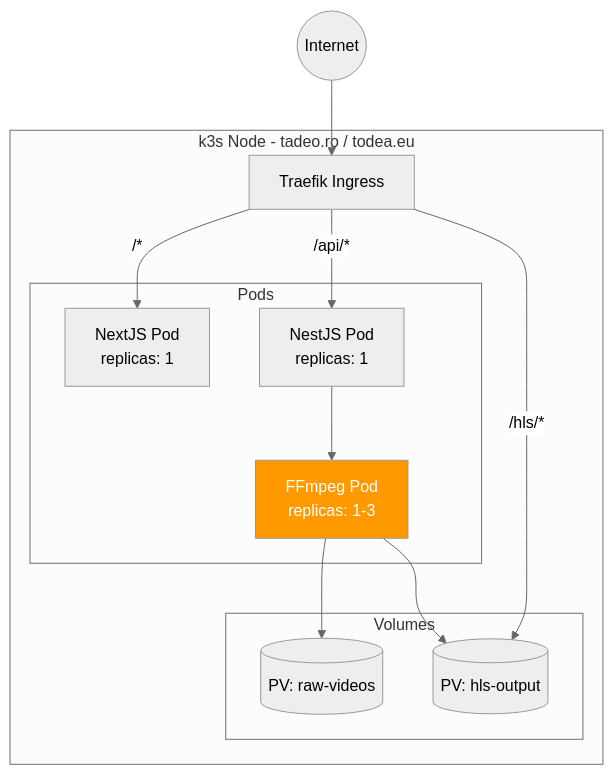
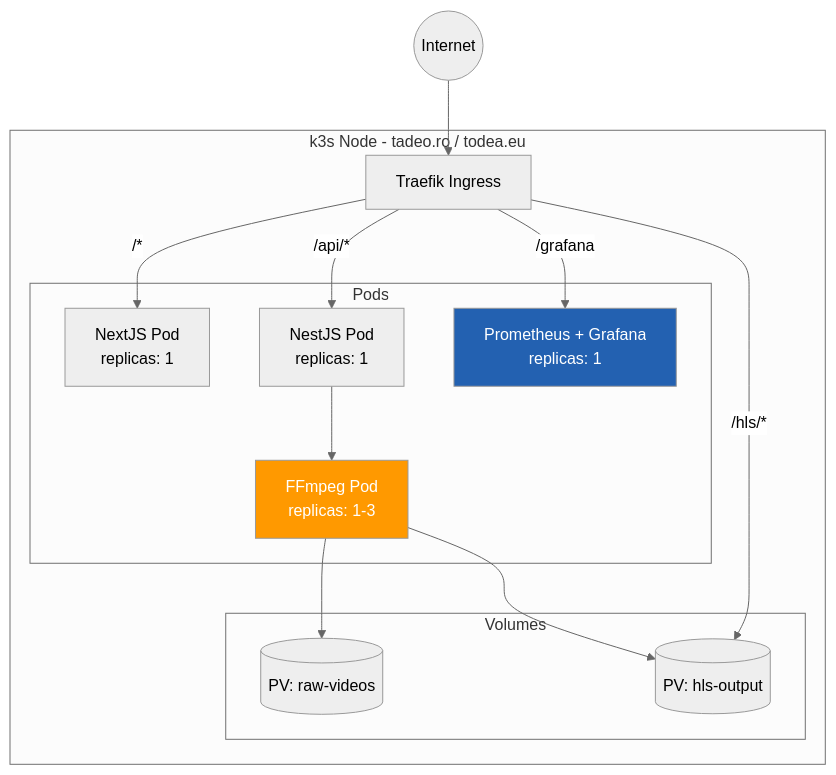
The seventh of 7 diagrams in notes/architecture.md (rtodea/streaming-101), drawn with Mermaid (neutral theme) before and after one commit. The commit also changed 2 other files, not shown here.

Commit message:
update notes to include Prometheus/Grafana observability stack

````diff
--- a/notes/architecture.md
+++ b/notes/architecture.md
@@ -218,28 +218,31 @@
 ```mermaid
 graph TB
     subgraph "k3s Node - tadeo.ro / todea.eu"
         Ingress[Traefik Ingress]
 
         subgraph Pods
             FE[NextJS Pod<br/>replicas: 1]
             BE[NestJS Pod<br/>replicas: 1]
             TC[FFmpeg Pod<br/>replicas: 1-3]
+            Obs[Prometheus + Grafana<br/>replicas: 1]
         end
 
         subgraph Volumes
             PV1[(PV: raw-videos)]
             PV2[(PV: hls-output)]
         end
     end
 
     Internet((Internet)) --> Ingress
     Ingress -->|"/api/*"| BE
     Ingress -->|"/hls/*"| PV2
+    Ingress -->|"/grafana"| Obs
     Ingress -->|"/*"| FE
 
     BE --> TC
     TC --> PV1
     TC --> PV2
 
     style TC fill:#f90,color:#fff
+    style Obs fill:#2361b1,color:#fff
 ```
````
